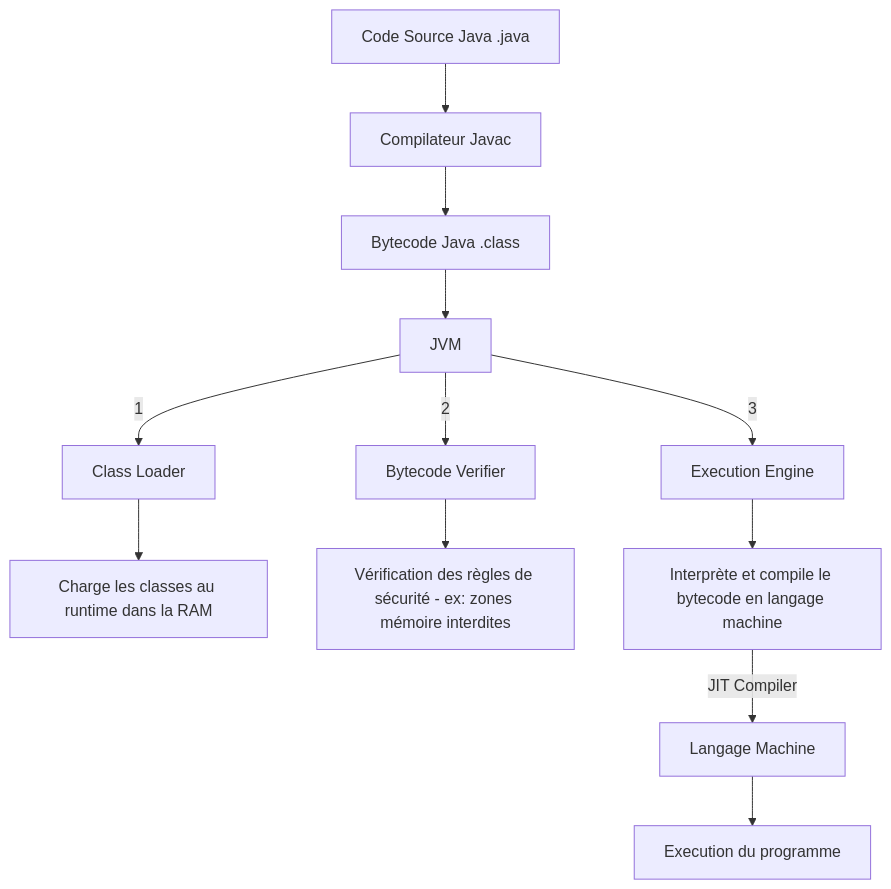
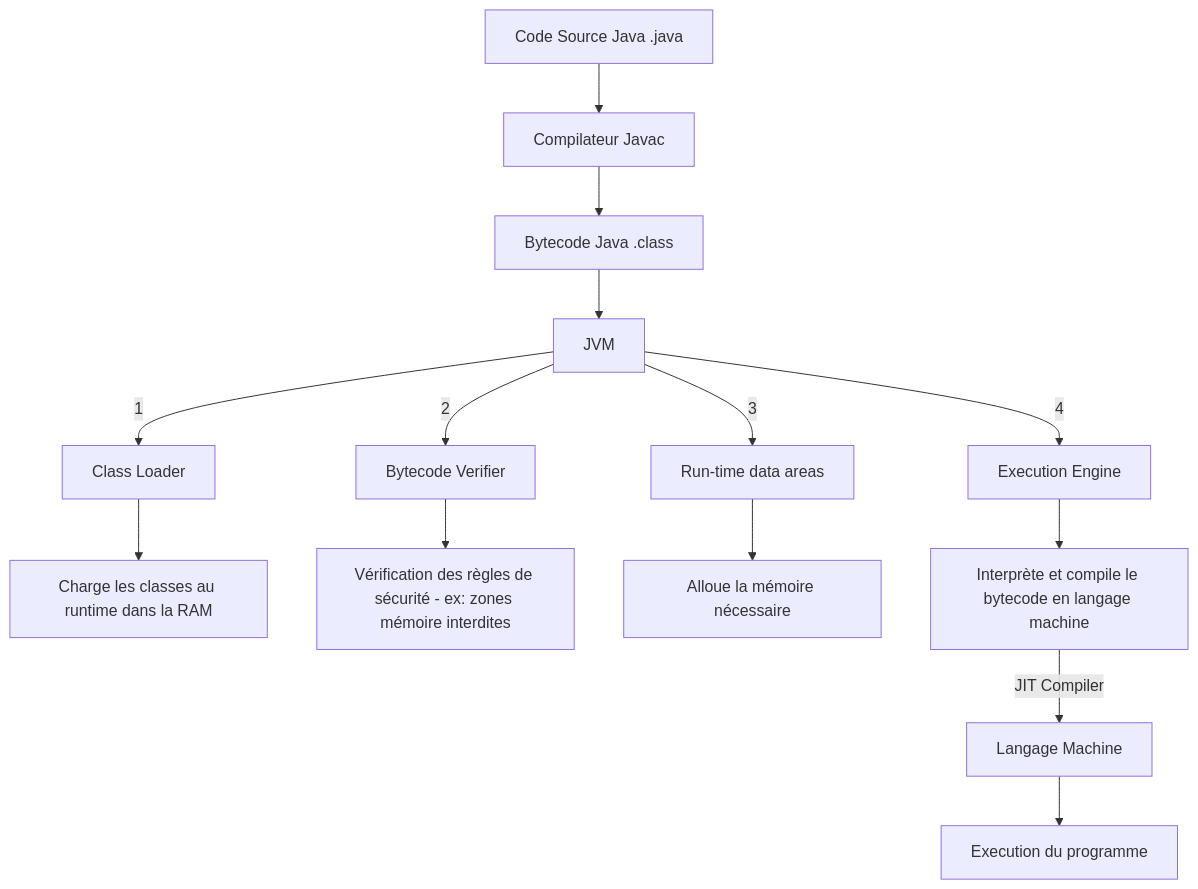
One commit to tanguybernard/computer-science-knowledge changed the second of 2 diagrams in lang_fwk/java_world/courses/JVM.md. Above: the diagram before and after it, drawn with Mermaid.

````diff
--- a/lang_fwk/java_world/courses/JVM.md
+++ b/lang_fwk/java_world/courses/JVM.md
@@ -11,14 +11,16 @@
 ```mermaid
 flowchart TD
     A[Code Source Java .java] --> B[Compilateur Javac]
     B --> C[Bytecode Java .class]
     C --> D[JVM]
     D -->|1| E1[Class Loader]
     D -->|2| E2[Bytecode Verifier]
-    D -->|3| E3[Execution Engine]
+    D -->|3| E3[Run-time data areas]
+    D -->|4| E4[Execution Engine]
     E1 --> F1[Charge les classes au runtime dans la RAM]
     E2 --> F2[Vérification des règles de sécurité - ex: zones mémoire interdites]
-    E3 --> F3[Interprète et compile le bytecode en langage machine]
-    F3 -->|JIT Compiler| G[Langage Machine]
+    E3 --> F3[Alloue la mémoire nécessaire]
+    E4 --> F4[Interprète et compile le bytecode en langage machine]
+    F4 -->|JIT Compiler| G[Langage Machine]
     G --> H[Execution du programme]
 ```
````
